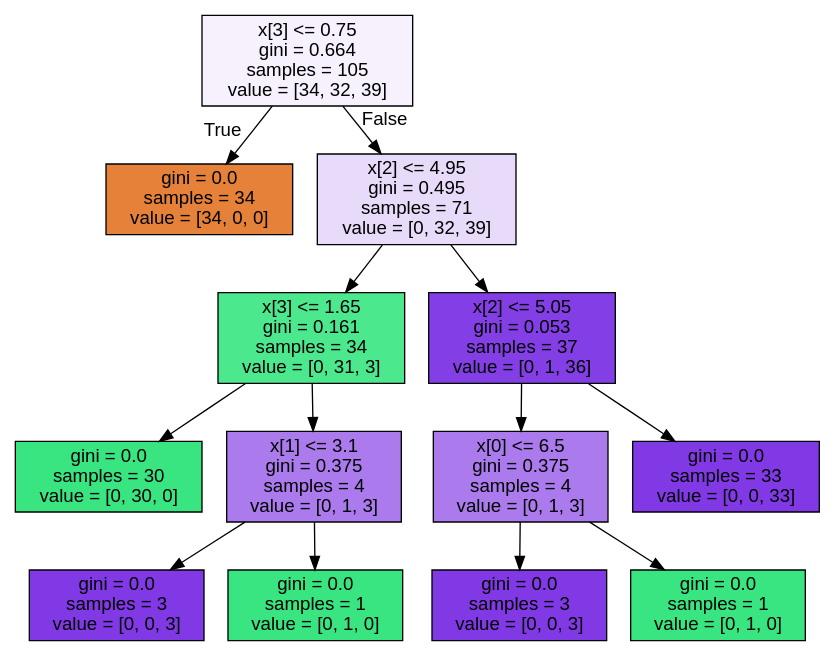
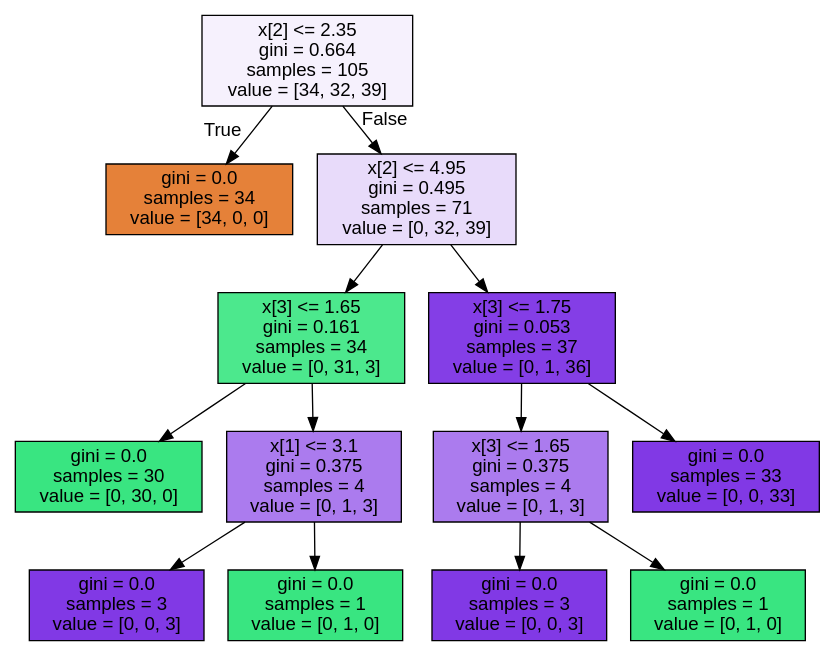
One commit to Dev-IA-P5-2027/alexandre.karneff changed the diagram in Workshops/ArbresDeDécision/iris.dot. Above: the diagram before and after it, drawn with Graphviz. The commit also changed 1 other file, not shown here.

```diff
--- a/Workshops/ArbresDeDécision/iris.dot
+++ b/Workshops/ArbresDeDécision/iris.dot
@@ -1,29 +1,29 @@
 digraph Tree {
 node [shape=box, style="filled", color="black", fontname="helvetica"] ;
 edge [fontname="helvetica"] ;
-0 [label="x[3] <= 0.75\ngini = 0.664\nsamples = 105\nvalue = [34, 32, 39]", fillcolor="#f6f1fd"] ;
+0 [label="x[2] <= 2.35\ngini = 0.664\nsamples = 105\nvalue = [34, 32, 39]", fillcolor="#f6f1fd"] ;
 1 [label="gini = 0.0\nsamples = 34\nvalue = [34, 0, 0]", fillcolor="#e58139"] ;
 0 -> 1 [labeldistance=2.5, labelangle=45, headlabel="True"] ;
 2 [label="x[2] <= 4.95\ngini = 0.495\nsamples = 71\nvalue = [0, 32, 39]", fillcolor="#e8dbfa"] ;
 0 -> 2 [labeldistance=2.5, labelangle=-45, headlabel="False"] ;
 3 [label="x[3] <= 1.65\ngini = 0.161\nsamples = 34\nvalue = [0, 31, 3]", fillcolor="#4ce88d"] ;
 2 -> 3 ;
 4 [label="gini = 0.0\nsamples = 30\nvalue = [0, 30, 0]", fillcolor="#39e581"] ;
 3 -> 4 ;
 5 [label="x[1] <= 3.1\ngini = 0.375\nsamples = 4\nvalue = [0, 1, 3]", fillcolor="#ab7bee"] ;
 3 -> 5 ;
 6 [label="gini = 0.0\nsamples = 3\nvalue = [0, 0, 3]", fillcolor="#8139e5"] ;
 5 -> 6 ;
 7 [label="gini = 0.0\nsamples = 1\nvalue = [0, 1, 0]", fillcolor="#39e581"] ;
 5 -> 7 ;
-8 [label="x[2] <= 5.05\ngini = 0.053\nsamples = 37\nvalue = [0, 1, 36]", fillcolor="#843ee6"] ;
+8 [label="x[3] <= 1.75\ngini = 0.053\nsamples = 37\nvalue = [0, 1, 36]", fillcolor="#843ee6"] ;
 2 -> 8 ;
-9 [label="x[0] <= 6.5\ngini = 0.375\nsamples = 4\nvalue = [0, 1, 3]", fillcolor="#ab7bee"] ;
+9 [label="x[3] <= 1.65\ngini = 0.375\nsamples = 4\nvalue = [0, 1, 3]", fillcolor="#ab7bee"] ;
 8 -> 9 ;
 10 [label="gini = 0.0\nsamples = 3\nvalue = [0, 0, 3]", fillcolor="#8139e5"] ;
 9 -> 10 ;
 11 [label="gini = 0.0\nsamples = 1\nvalue = [0, 1, 0]", fillcolor="#39e581"] ;
 9 -> 11 ;
 12 [label="gini = 0.0\nsamples = 33\nvalue = [0, 0, 33]", fillcolor="#8139e5"] ;
 8 -> 12 ;
 }
```
